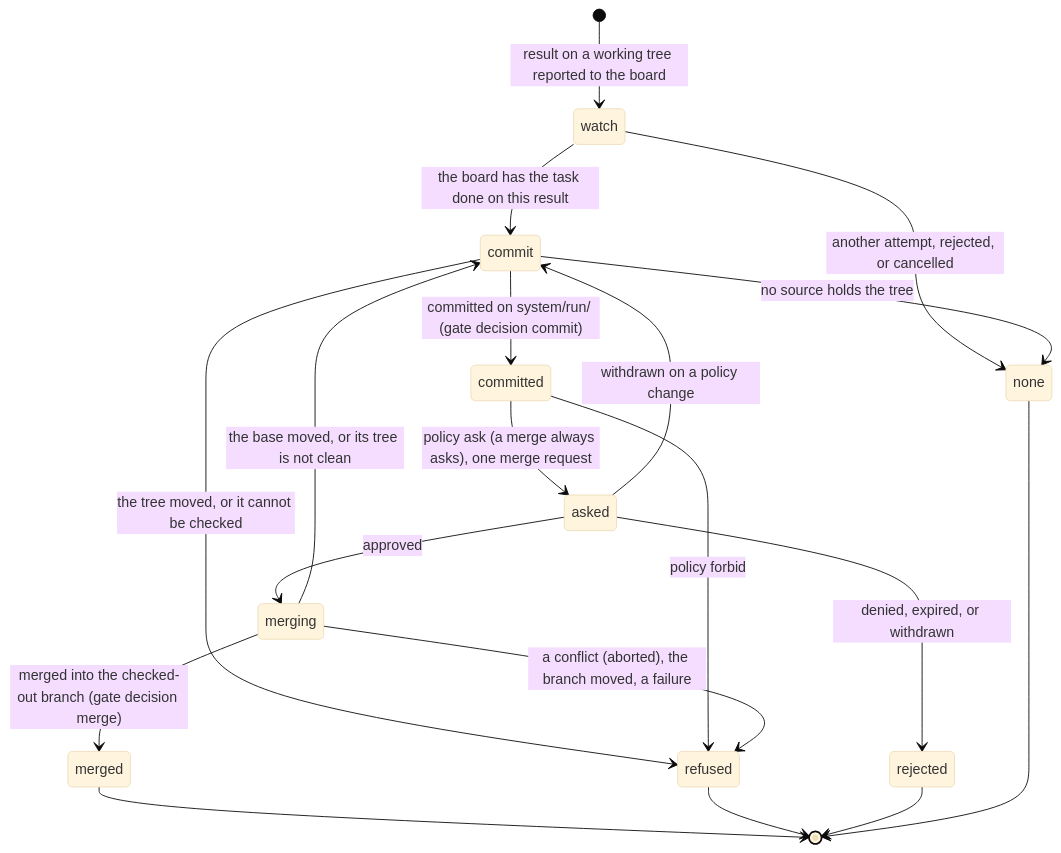
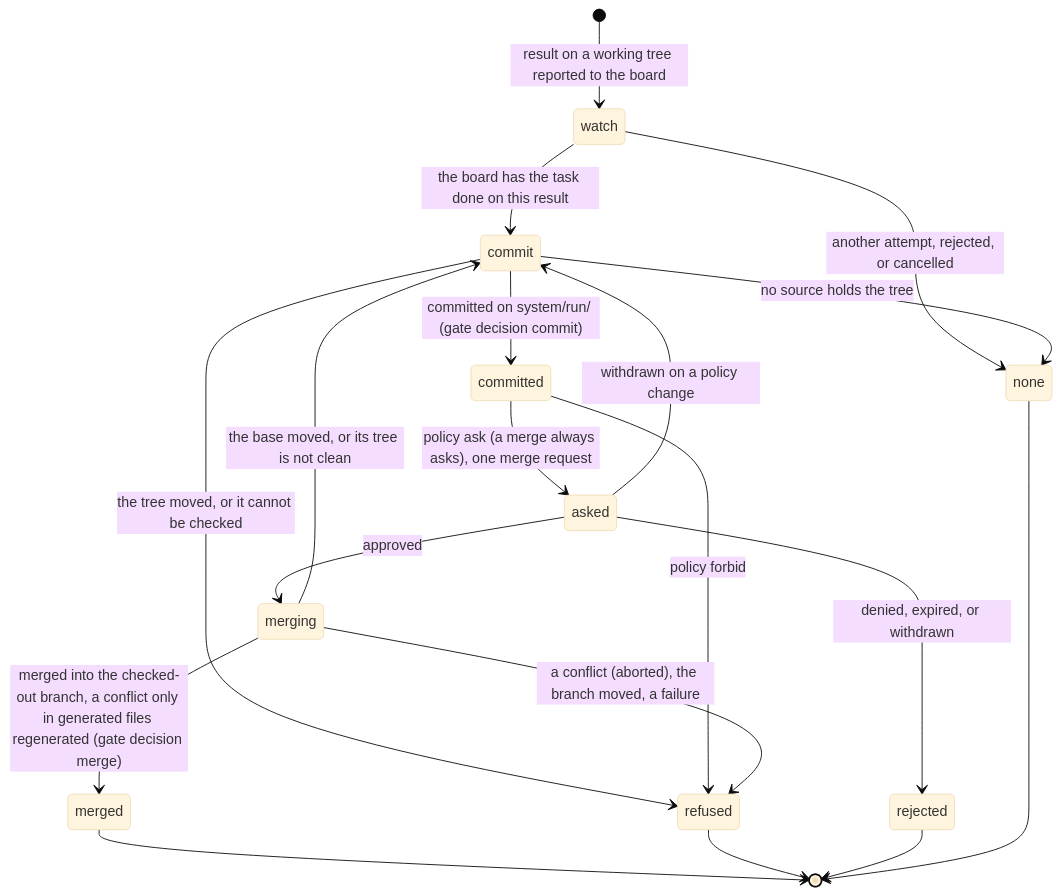
Before and after one commit to tsuuanmi/system: the ninth of 10 diagrams in docs/design/workflow-engine.md, drawn with Mermaid (base theme). The commit also changed other lines of this file and 14 other files, not shown here.

First line of the commit message:
agent-workers: a landing regenerates the declared generated files on a conflict confined to them (T166, System run run_b8f6024811e9f0b4)

````diff
--- a/docs/design/workflow-engine.md
+++ b/docs/design/workflow-engine.md
@@ -1028,21 +1028,21 @@
 ```mermaid
 stateDiagram-v2
   [*] --> watch: result on a working tree reported to the board
   watch --> commit: the board has the task done on this result
   watch --> none: another attempt, rejected, or cancelled
   commit --> committed: committed on system/run/<runId> (gate decision commit)
   commit --> none: no source holds the tree
   commit --> refused: the tree moved, or it cannot be checked
   committed --> asked: policy ask (a merge always asks), one merge request
   committed --> refused: policy forbid
   asked --> merging: approved
   asked --> rejected: denied, expired, or withdrawn
   asked --> commit: withdrawn on a policy change
-  merging --> merged: merged into the checked-out branch (gate decision merge)
+  merging --> merged: merged into the checked-out branch, a conflict only in generated files regenerated (gate decision merge)
   merging --> commit: the base moved, or its tree is not clean
   merging --> refused: a conflict (aborted), the branch moved, a failure
   merged --> [*]
   refused --> [*]
   rejected --> [*]
   none --> [*]
 ```
````
